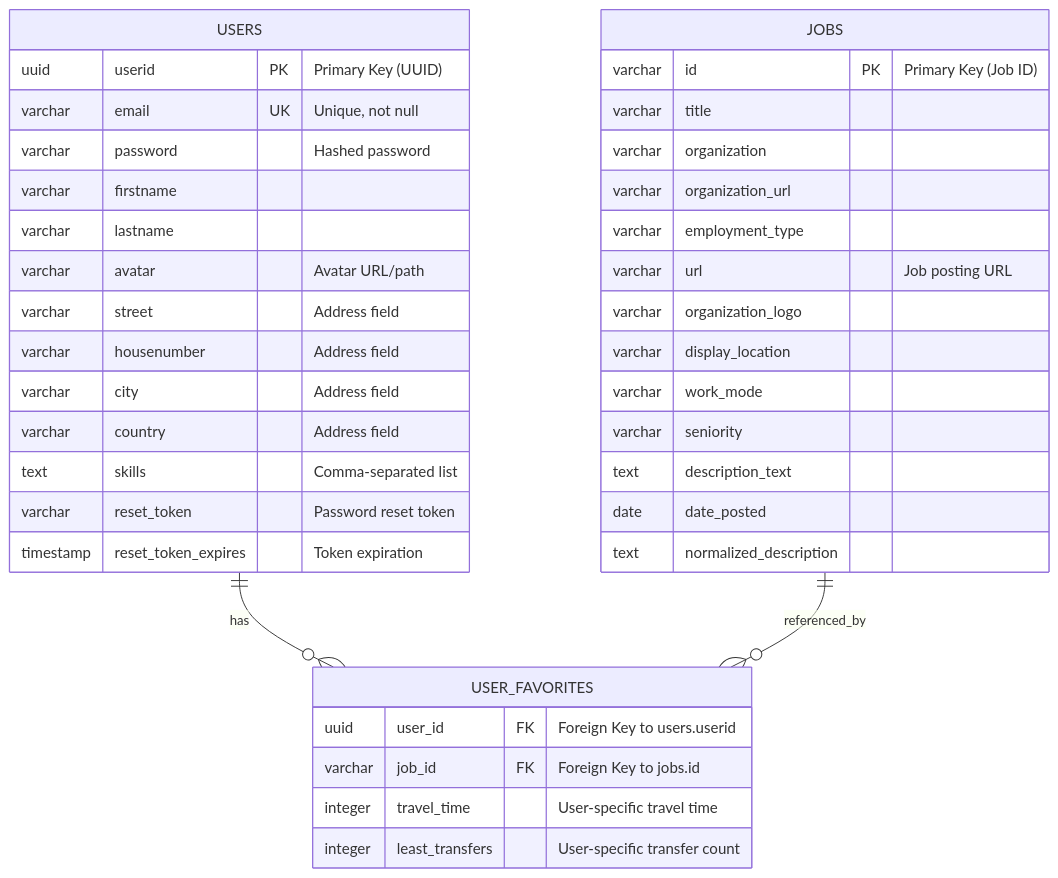
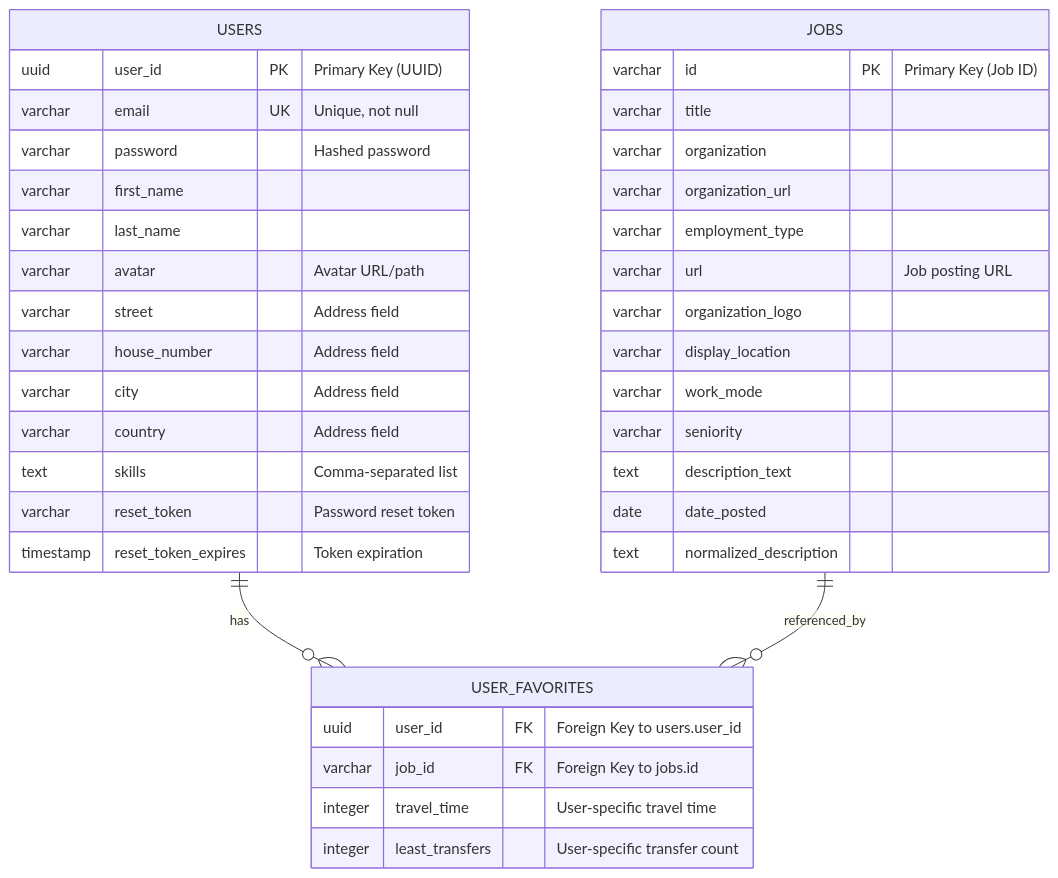
The diagram in documentation/ERD-copilot.md (YahyaAl-Ademi/2025.10.23-JobCompass), drawn with Mermaid before and after one commit. The commit also changed other lines of this file and 24 other files, not shown here.

````diff
--- a/documentation/ERD-copilot.md
+++ b/documentation/ERD-copilot.md
@@ -9,44 +9,44 @@
 ```mermaid
 erDiagram
     USERS ||--o{ USER_FAVORITES : has
     JOBS ||--o{ USER_FAVORITES : referenced_by
 
     USERS {
-        uuid userid PK "Primary Key (UUID)"
+        uuid user_id PK "Primary Key (UUID)"
         varchar email UK "Unique, not null"
         varchar password "Hashed password"
-        varchar firstname
-        varchar lastname
+        varchar first_name
+        varchar last_name
         varchar avatar "Avatar URL/path"
         varchar street "Address field"
-        varchar housenumber "Address field"
+        varchar house_number "Address field"
         varchar city "Address field"
         varchar country "Address field"
         text skills "Comma-separated list"
         varchar reset_token "Password reset token"
         timestamp reset_token_expires "Token expiration"
     }
 
     JOBS {
         varchar id PK "Primary Key (Job ID)"
         varchar title
         varchar organization
         varchar organization_url
         varchar employment_type
         varchar url "Job posting URL"
         varchar organization_logo
         varchar display_location
         varchar work_mode
         varchar seniority
         text description_text
         date date_posted
         text normalized_description
     }
 
     USER_FAVORITES {
-        uuid user_id FK "Foreign Key to users.userid"
+        uuid user_id FK "Foreign Key to users.user_id"
         varchar job_id FK "Foreign Key to jobs.id"
         integer travel_time "User-specific travel time"
         integer least_transfers "User-specific transfer count"
     }
 ```
````
